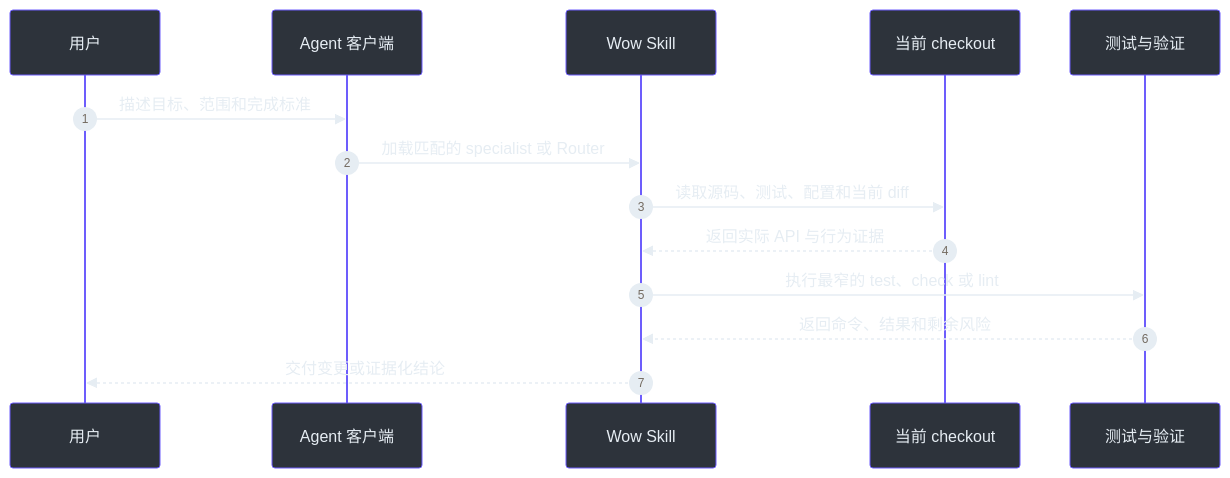
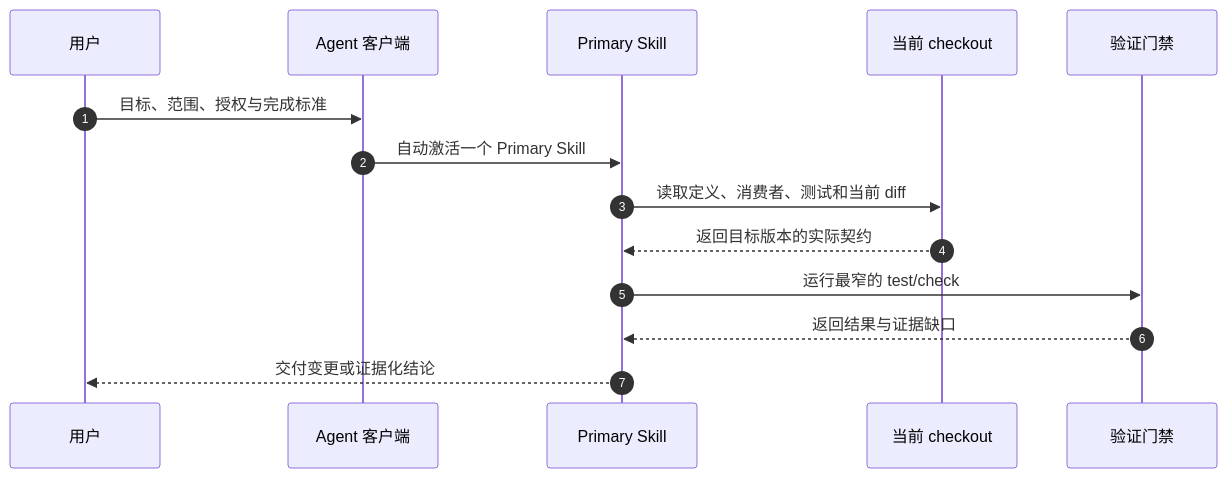
Before and after one commit to Ahoo-Wang/Wow: the second of 2 diagrams in documentation/docs/zh/guide/skills.md, drawn with Mermaid. The commit also changed other lines of this file and 77 other files, not shown here.

````diff
--- a/documentation/docs/zh/guide/skills.md
+++ b/documentation/docs/zh/guide/skills.md
@@ -131,18 +104,17 @@
 ```mermaid
-%%{init: {"theme": "base", "themeVariables": {"primaryColor": "#2d333b", "primaryBorderColor": "#6d5dfc", "primaryTextColor": "#e6edf3", "lineColor": "#8b949e", "secondaryColor": "#161b22", "tertiaryColor": "#161b22"}}}%%
 sequenceDiagram
     autonumber
     participant User as 用户
     participant Client as Agent 客户端
-    participant Skill as Wow Skill
+    participant Skill as Primary Skill
     participant Repo as 当前 checkout
-    participant Gate as 测试与验证
+    participant Gate as 验证门禁
 
-    User->>Client: 描述目标、范围和完成标准
-    Client->>Skill: 加载匹配的 specialist 或 Router
-    Skill->>Repo: 读取源码、测试、配置和当前 diff
-    Repo-->>Skill: 返回实际 API 与行为证据
-    Skill->>Gate: 执行最窄的 test、check 或 lint
-    Gate-->>Skill: 返回命令、结果和剩余风险
+    User->>Client: 目标、范围、授权与完成标准
+    Client->>Skill: 自动激活一个 Primary Skill
+    Skill->>Repo: 读取定义、消费者、测试和当前 diff
+    Repo-->>Skill: 返回目标版本的实际契约
+    Skill->>Gate: 运行最窄的 test/check
+    Gate-->>Skill: 返回结果与证据缺口
     Skill-->>User: 交付变更或证据化结论
 ```
````
